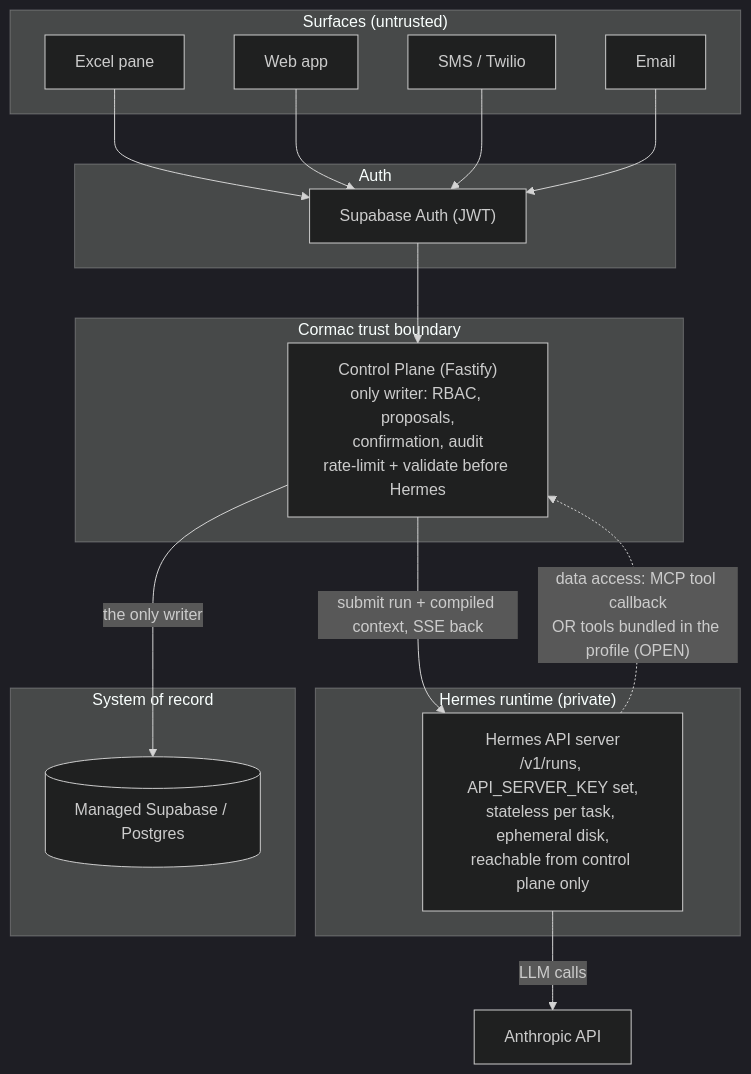
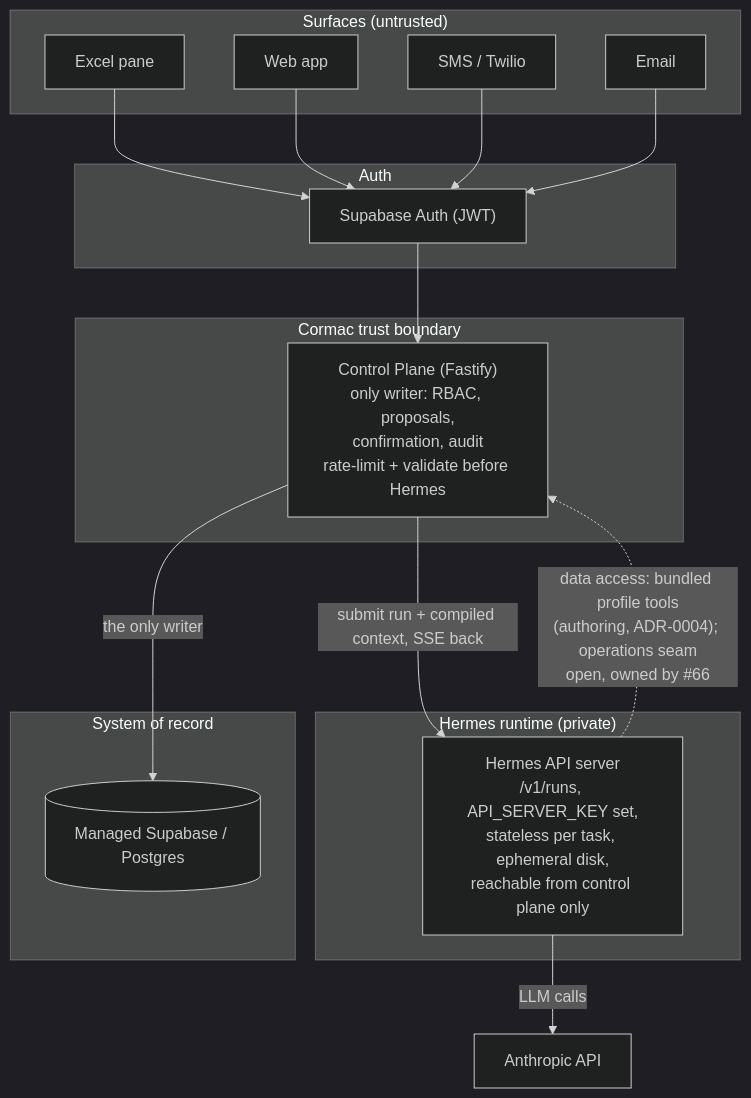
One commit to Serenica-Digital/Cormac changed the diagram in .jarvis/prd/architecture.md. Above: the diagram before and after it, drawn with Mermaid (dark theme). The commit also changed other lines of this file and 5 other files, not shown here.

Commit message:
Spike #64 GO: ADR-0004 (keystone verdict, authoring data access), PRD updates, spike findings and verdict

````diff
--- a/.jarvis/prd/architecture.md
+++ b/.jarvis/prd/architecture.md
@@ -9,34 +9,34 @@
 ```mermaid
 flowchart TB
   subgraph surfaces["Surfaces (untrusted)"]
     excel["Excel pane"]
     web["Web app"]
     sms["SMS / Twilio"]
     email["Email"]
   end
 
   subgraph auth["Auth"]
     supaAuth["Supabase Auth (JWT)"]
   end
 
   subgraph ours["Cormac trust boundary"]
     cp["Control Plane (Fastify)<br/>only writer: RBAC, proposals,<br/>confirmation, audit<br/>rate-limit + validate before Hermes"]
   end
 
   subgraph runtime["Hermes runtime (private)"]
     hermes["Hermes API server<br/>/v1/runs, API_SERVER_KEY set,<br/>stateless per task, ephemeral disk,<br/>reachable from control plane only"]
   end
 
   subgraph data["System of record"]
     db[("Managed Supabase / Postgres")]
   end
 
   model["Anthropic API"]
 
   excel & web & sms & email --> supaAuth
   supaAuth --> cp
   cp -->|"submit run + compiled context, SSE back"| hermes
   hermes -->|"LLM calls"| model
-  hermes -.->|"data access: MCP tool callback<br/>OR tools bundled in the profile (OPEN)"| cp
+  hermes -.->|"data access: bundled profile tools<br/>(authoring, ADR-0004); operations seam<br/>open, owned by #66"| cp
   cp -->|"the only writer"| db
 ```
````
